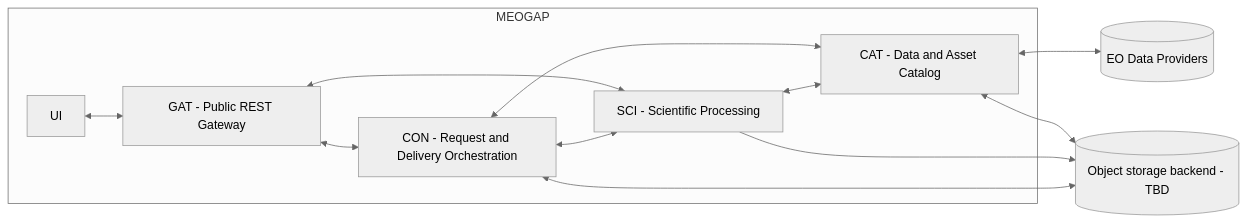
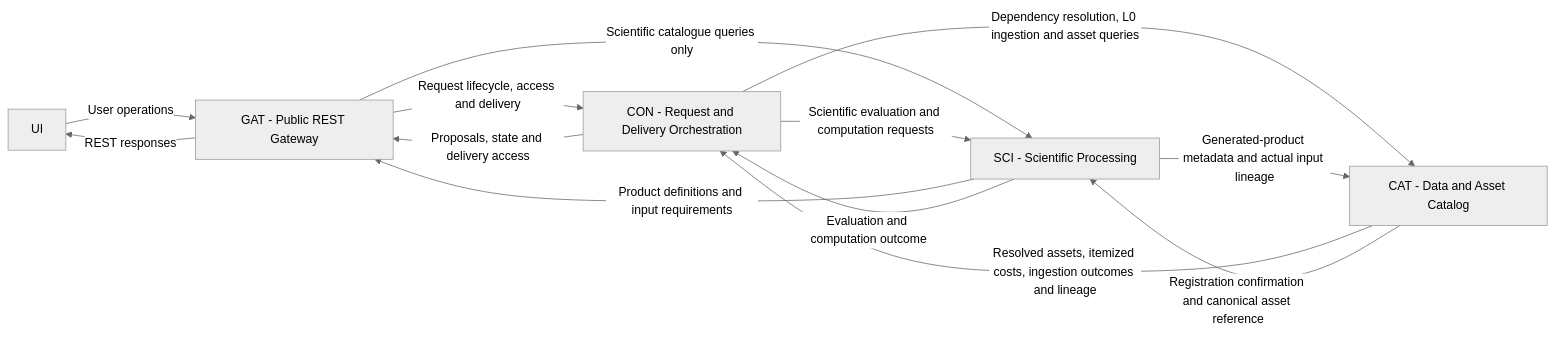
Before and after one commit to arnaudsomville/MEOGAP: the diagram in documentation/architecture/system-interactions/component-interaction-design.md, drawn with Mermaid (neutral theme). The commit also changed other lines of this file, not shown here.

Commit message:
docs: finalize logical component interaction diagram

````diff
--- a/documentation/architecture/system-interactions/component-interaction-design.md
+++ b/documentation/architecture/system-interactions/component-interaction-design.md
@@ -168,25 +168,26 @@
 ```mermaid
 flowchart LR
-    subgraph MEOGAP
-        UI[UI]
-        GAT[GAT - Public REST Gateway]
-        CON[CON - Request and Delivery Orchestration]
-        SCI[SCI - Scientific Processing]
-        CAT[CAT - Data and Asset Catalog]
+    UI[UI]
+    GAT[GAT - Public REST Gateway]
+    CON[CON - Request and Delivery Orchestration]
+    SCI[SCI - Scientific Processing]
+    CAT[CAT - Data and Asset Catalog]
 
-        UI <--> GAT
-        GAT <--> CON
-        GAT <--> SCI
-        CON <--> SCI
-        CON <--> CAT
-        SCI <--> CAT
-    end
+    UI -->|User operations| GAT
+    GAT -->|REST responses| UI
 
-    PROVIDERS[(EO Data Providers)]
-    CAT <--> PROVIDERS
+    GAT -->|Request lifecycle, access and delivery| CON
+    CON -->|Proposals, state and delivery access| GAT
 
-    STORAGE[(Object storage backend - TBD)]
-    CAT <--> STORAGE
-    SCI --> STORAGE
-    CON <--> STORAGE
+    GAT -->|Scientific catalogue queries only| SCI
+    SCI -->|Product definitions and input requirements| GAT
+
+    CON -->|Scientific evaluation and computation requests| SCI
+    SCI -->|Evaluation and computation outcome| CON
+
+    CON -->|Dependency resolution, L0 ingestion and asset queries| CAT
+    CAT -->|Resolved assets, itemized costs, ingestion outcomes and lineage| CON
+
+    SCI -->|Generated-product metadata and actual input lineage| CAT
+    CAT -->|Registration confirmation and canonical asset reference| SCI
 ```
````
